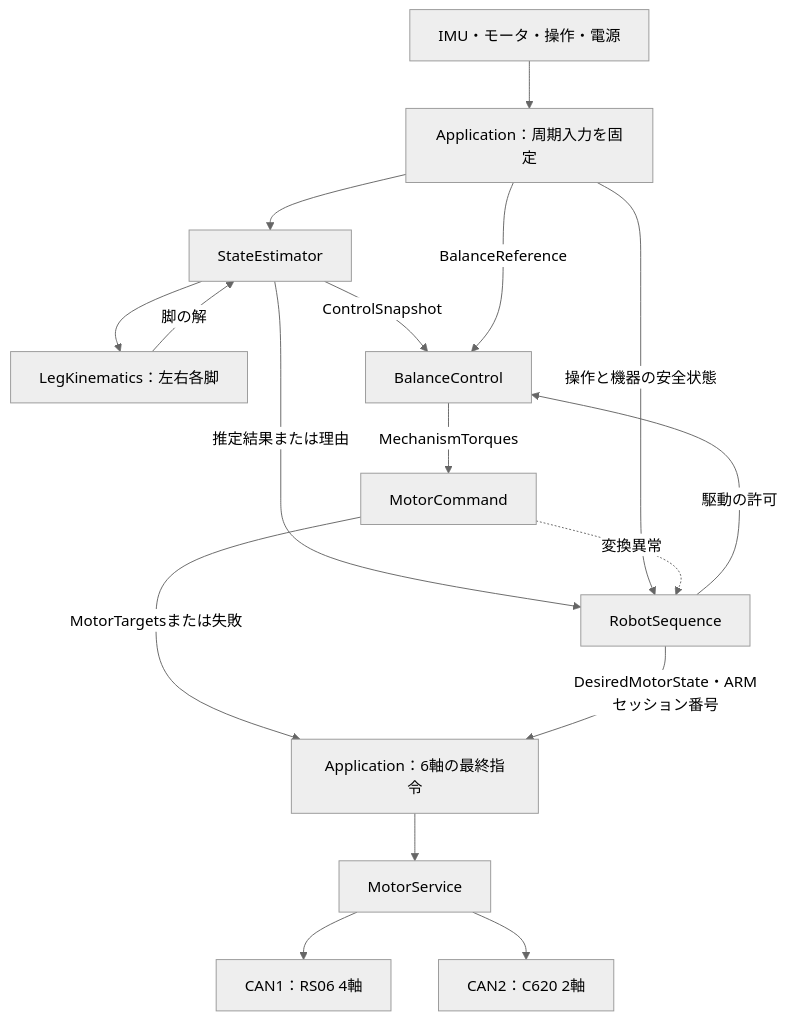
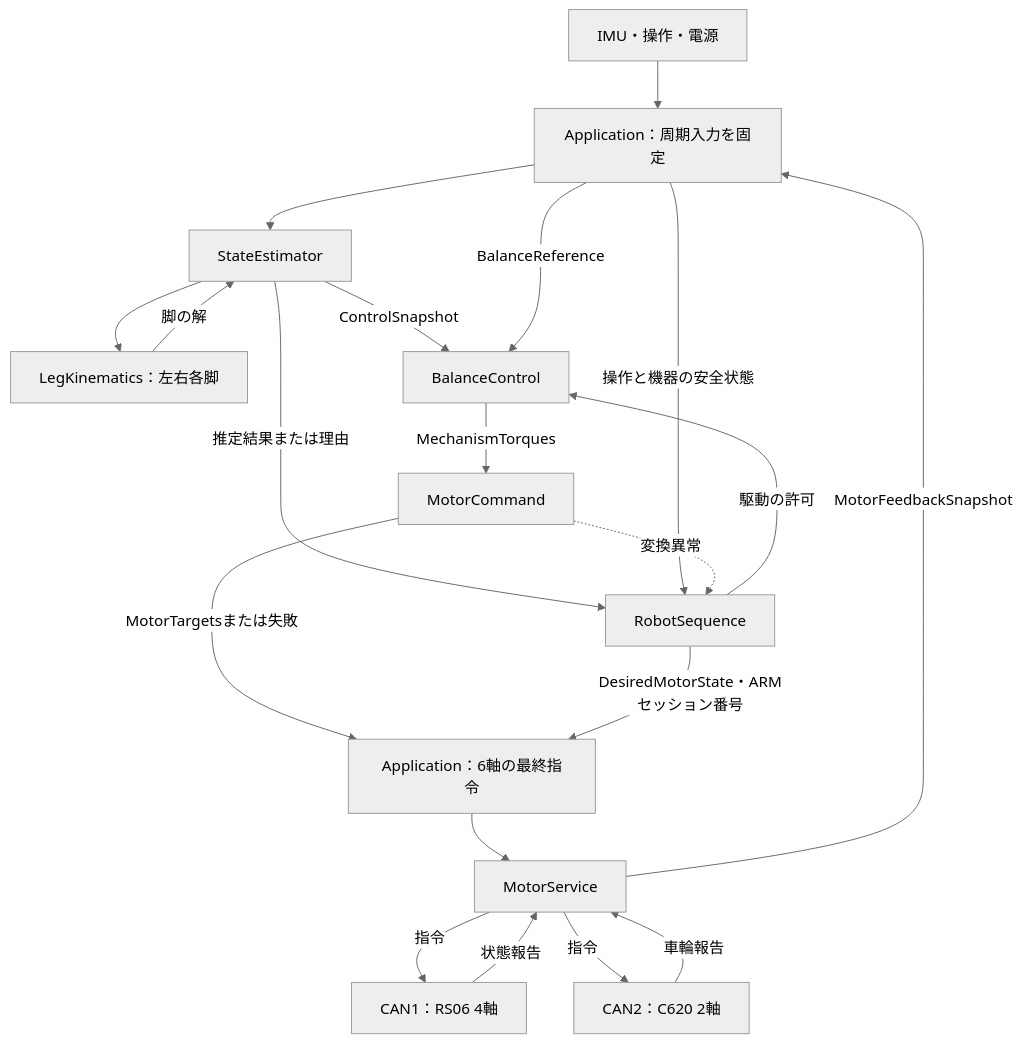
One commit to kou-pen/balancing changed the first of 9 diagrams in docs/diagrams.md. Above: the diagram before and after it, drawn with Mermaid (neutral theme). The commit also changed 16 other files, not shown here.

First line of the commit message:
feat(f446): integrate six-axis CAN feedback snapshot (#44)

```diff
--- a/docs/diagrams.md
+++ b/docs/diagrams.md
@@ -24,19 +24,22 @@
 <pre class="mermaid">
 flowchart TB
-    IO["IMU・モータ・操作・電源"] --> APP["Application：周期入力を固定"]
+    IO["IMU・操作・電源"] --> APP["Application：周期入力を固定"]
     APP --> EST["StateEstimator"]
     EST --> KIN["LegKinematics：左右各脚"]
     KIN -->|脚の解| EST
     EST -->|ControlSnapshot| CTRL["BalanceControl"]
     EST -->|推定結果または理由| SEQ["RobotSequence"]
     APP -->|操作と機器の安全状態| SEQ
     APP -->|BalanceReference| CTRL
     SEQ -->|駆動の許可| CTRL
     CTRL -->|MechanismTorques| CMD["MotorCommand"]
     CMD -->|MotorTargetsまたは失敗| OUT["Application：6軸の最終指令"]
     CMD -.->|変換異常| SEQ
     SEQ -->|DesiredMotorState・ARMセッション番号| OUT
     OUT --> MS["MotorService"]
-    MS --> RS["CAN1：RS06 4軸"]
-    MS --> WHEEL["CAN2：C620 2軸"]
+    MS -->|指令| RS["CAN1：RS06 4軸"]
+    MS -->|指令| WHEEL["CAN2：C620 2軸"]
+    RS -->|状態報告| MS
+    WHEEL -->|車輪報告| MS
+    MS -->|MotorFeedbackSnapshot| APP
 </pre>
```
